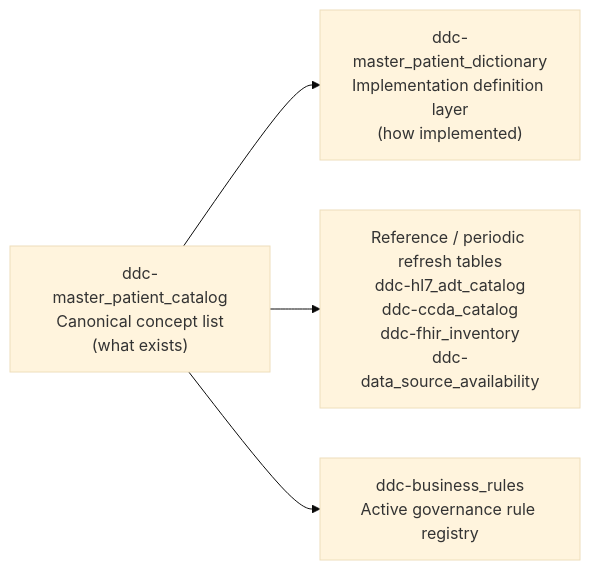
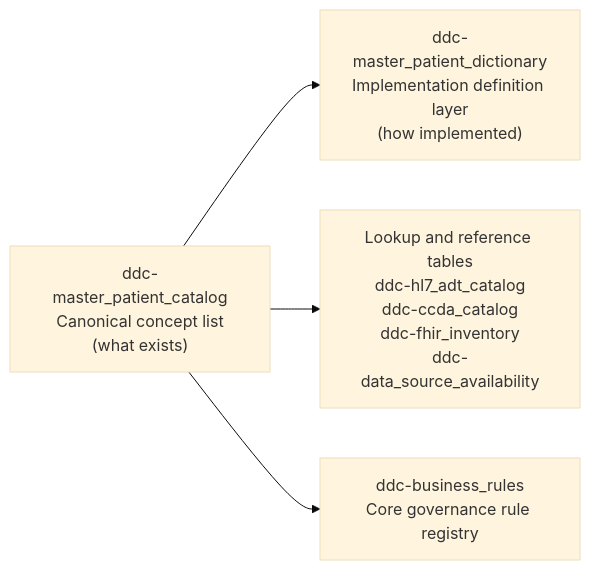
The diagram in README.md (ajayprashar/chi-data-dictionary-catalog), drawn with Mermaid (base theme) before and after one commit. The commit also changed other lines of this file and 28 other files, not shown here.

````diff
--- a/README.md
+++ b/README.md
@@ -32,11 +40,11 @@
 ```mermaid
 flowchart LR
     Catalog["ddc-master_patient_catalog<br/>Canonical concept list<br/>(what exists)"]
     Dictionary["ddc-master_patient_dictionary<br/>Implementation definition layer<br/>(how implemented)"]
-    RefTables["Reference / periodic refresh tables<br/>ddc-hl7_adt_catalog<br/>ddc-ccda_catalog<br/>ddc-fhir_inventory<br/>ddc-data_source_availability"]
-    Rules["ddc-business_rules<br/>Active governance rule registry"]
+    RefTables["Lookup and reference tables<br/>ddc-hl7_adt_catalog<br/>ddc-ccda_catalog<br/>ddc-fhir_inventory<br/>ddc-data_source_availability"]
+    Rules["ddc-business_rules<br/>Core governance rule registry"]
 
     Catalog --> Dictionary
     Catalog --> RefTables
     Catalog --> Rules
 ```
````
